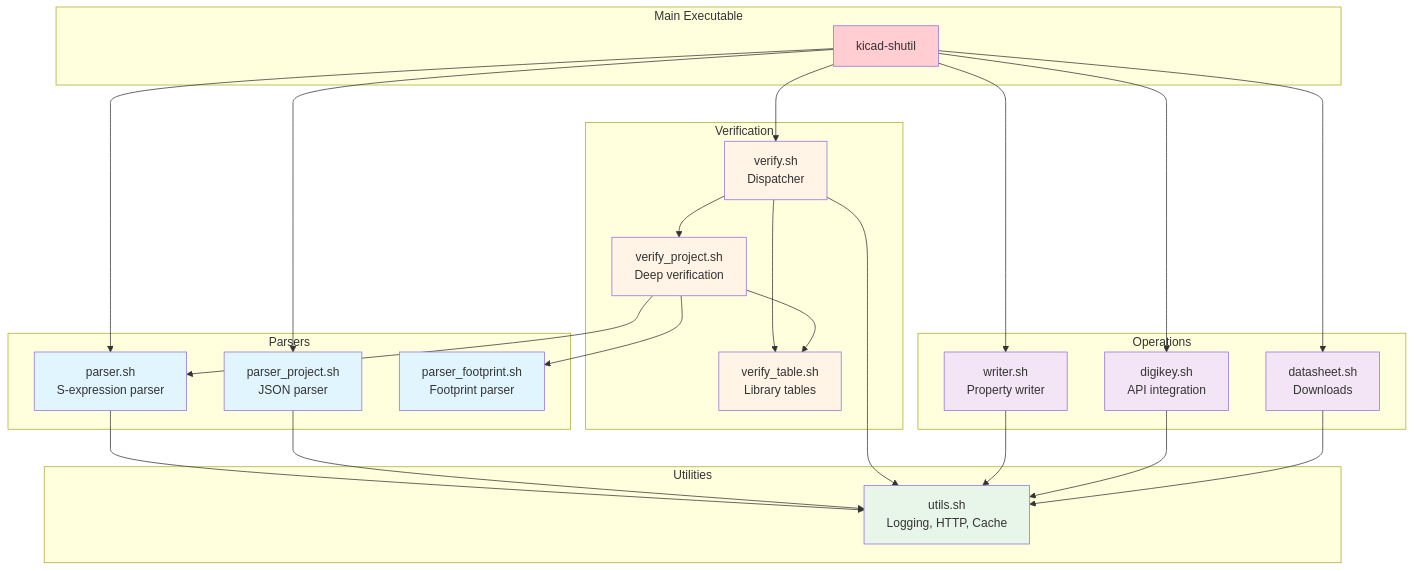
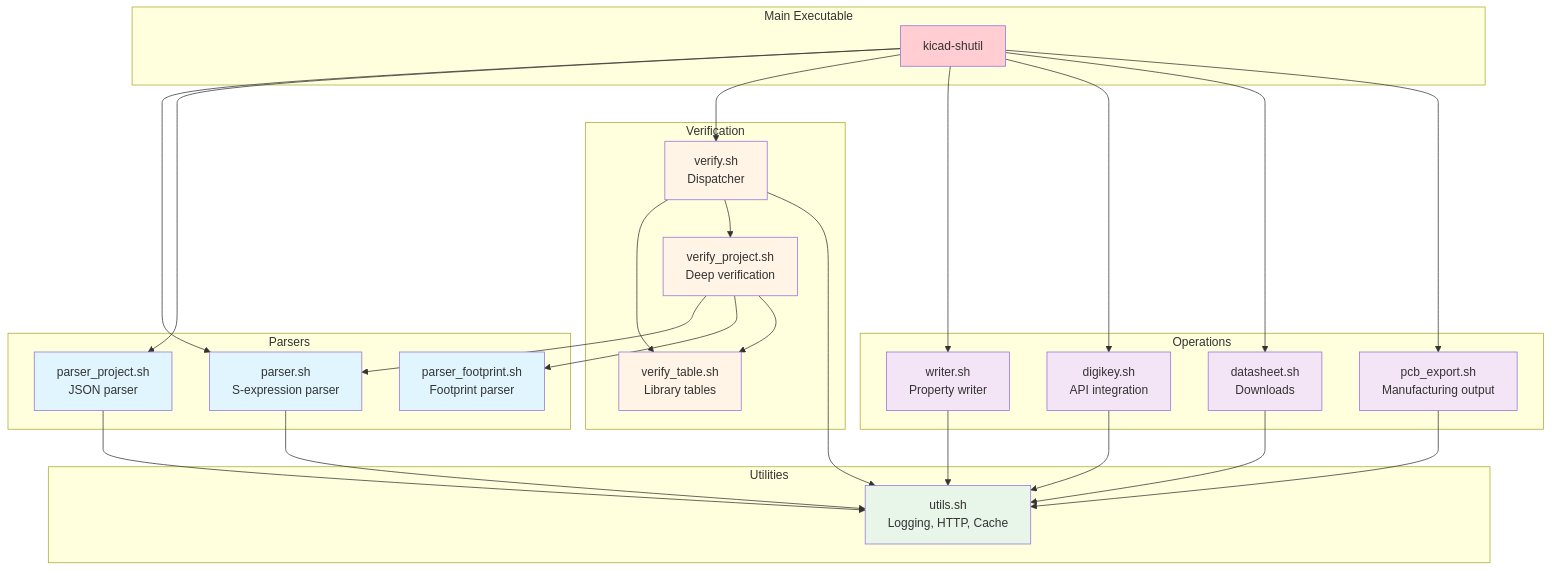
One commit to qq3g7bad/kicad-shutil changed the first of 9 diagrams in docs/design.md. Above: the diagram before and after it, drawn with Mermaid. The commit also changed other lines of this file and 7 other files, not shown here.

First line of the commit message:
feat(pcb): add pcb subcommand for manufacturing output generation

````diff
--- a/docs/design.md
+++ b/docs/design.md
@@ -77,58 +82,62 @@
 ```mermaid
 graph TB
     subgraph "Main Executable"
         MAIN[kicad-shutil]
     end
 
     subgraph "Parsers"
         PARSER[parser.sh<br/>S-expression parser]
         PARSER_PRJ[parser_project.sh<br/>JSON parser]
         PARSER_FP[parser_footprint.sh<br/>Footprint parser]
     end
 
     subgraph "Verification"
         VERIFY[verify.sh<br/>Dispatcher]
         VERIFY_TBL[verify_table.sh<br/>Library tables]
         VERIFY_PRJ[verify_project.sh<br/>Deep verification]
     end
 
     subgraph "Operations"
         WRITER[writer.sh<br/>Property writer]
         DIGIKEY[digikey.sh<br/>API integration]
         DATASHEET[datasheet.sh<br/>Downloads]
+        PCB_EXPORT[pcb_export.sh<br/>Manufacturing output]
     end
 
     subgraph "Utilities"
         UTILS[utils.sh<br/>Logging, HTTP, Cache]
     end
 
     MAIN --> PARSER
     MAIN --> PARSER_PRJ
     MAIN --> VERIFY
     VERIFY --> VERIFY_TBL
     VERIFY --> VERIFY_PRJ
     VERIFY_PRJ --> PARSER
     VERIFY_PRJ --> PARSER_FP
     VERIFY_PRJ --> VERIFY_TBL
     MAIN --> WRITER
     MAIN --> DIGIKEY
     MAIN --> DATASHEET
+    MAIN --> PCB_EXPORT
+    PCB_EXPORT --> UTILS
     PARSER --> UTILS
     PARSER_PRJ --> UTILS
     VERIFY --> UTILS
     WRITER --> UTILS
     DIGIKEY --> UTILS
     DATASHEET --> UTILS
 
     style MAIN fill:#ffcdd2
     style PARSER fill:#e1f5ff
     style PARSER_PRJ fill:#e1f5ff
     style PARSER_FP fill:#e1f5ff
     style VERIFY fill:#fff4e6
     style VERIFY_TBL fill:#fff4e6
     style VERIFY_PRJ fill:#fff4e6
     style WRITER fill:#f3e5f5
     style DIGIKEY fill:#f3e5f5
     style DATASHEET fill:#f3e5f5
+    style PCB_EXPORT fill:#f3e5f5
     style UTILS fill:#e8f5e9
 ```
````
